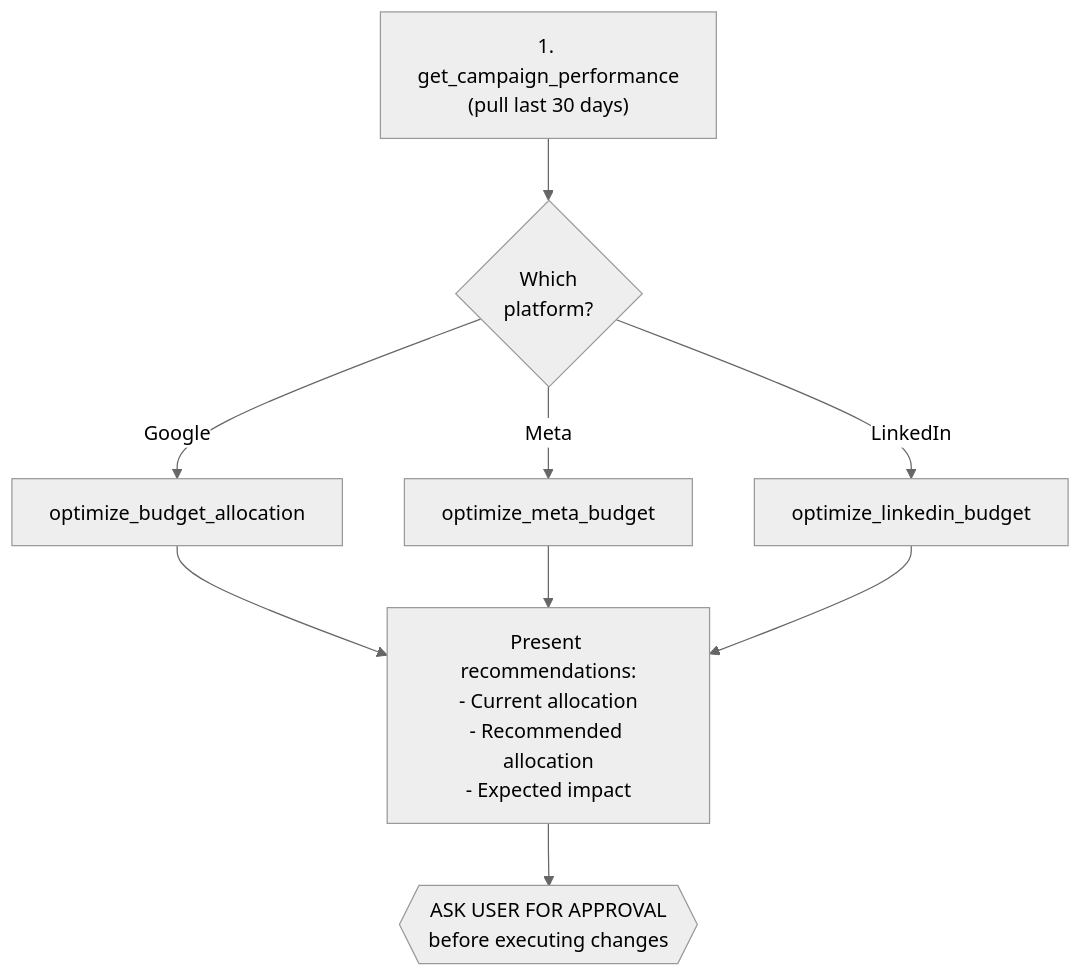
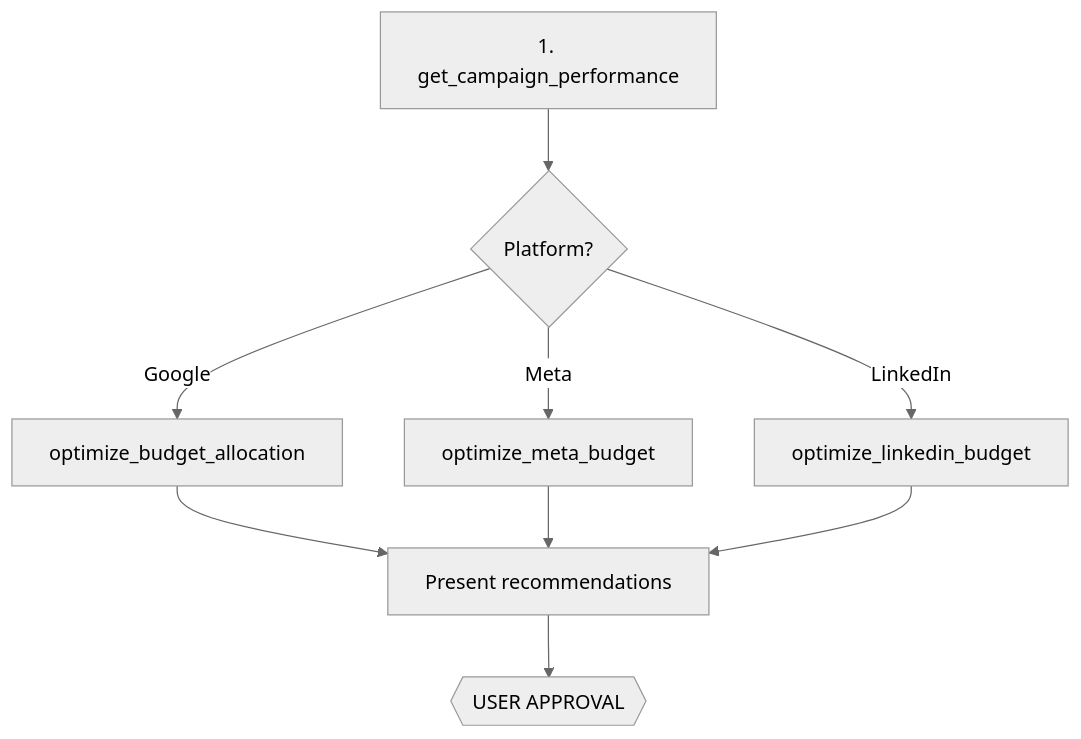
Before and after one commit to Adspirer/docs: the seventh of 8 diagrams in agent-skills/workflows.mdx, drawn with Mermaid (neutral theme). The commit also changed other lines of this file and 1 other file, not shown here.

First line of the commit message:
Fix Mermaid diagrams and restore plain-text tool sequences for LLM readability

````diff
--- a/agent-skills/workflows.mdx
+++ b/agent-skills/workflows.mdx
@@ -192,11 +263,11 @@
 ```mermaid
 flowchart TD
-    A["1. get_campaign_performance\n(pull last 30 days)"] --> B{"Which\nplatform?"}
+    A["1. get_campaign_performance"] --> B{"Platform?"}
     B -->|Google| C["optimize_budget_allocation"]
     B -->|Meta| D["optimize_meta_budget"]
     B -->|LinkedIn| E["optimize_linkedin_budget"]
-    C --> F["Present recommendations:\n- Current allocation\n- Recommended allocation\n- Expected impact"]
+    C --> F["Present recommendations"]
     D --> F
     E --> F
-    F --> G{{"ASK USER FOR APPROVAL\nbefore executing changes"}}
+    F --> G{{"USER APPROVAL"}}
 ```
````
